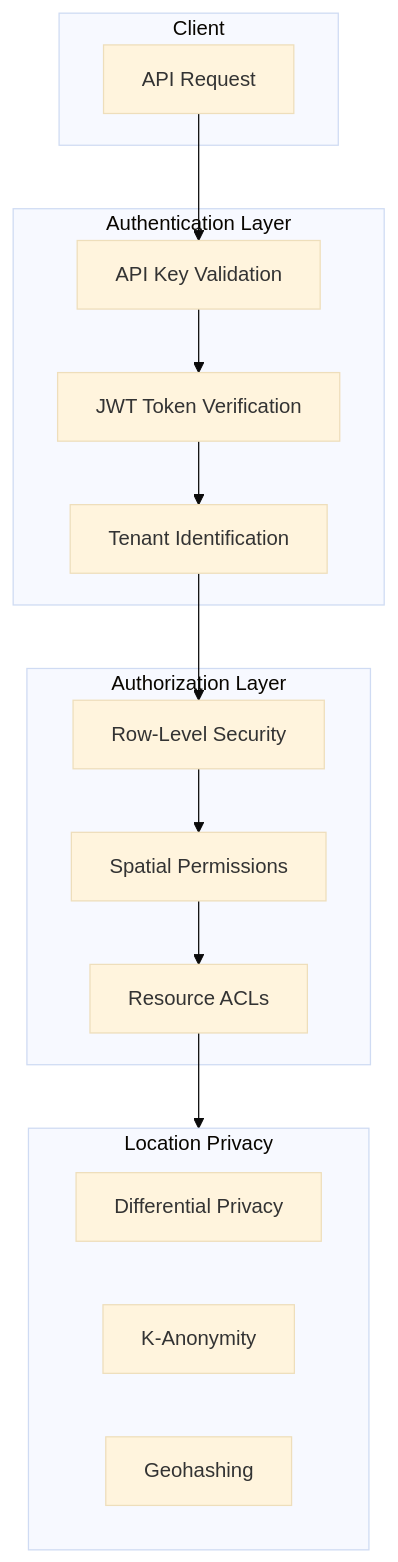
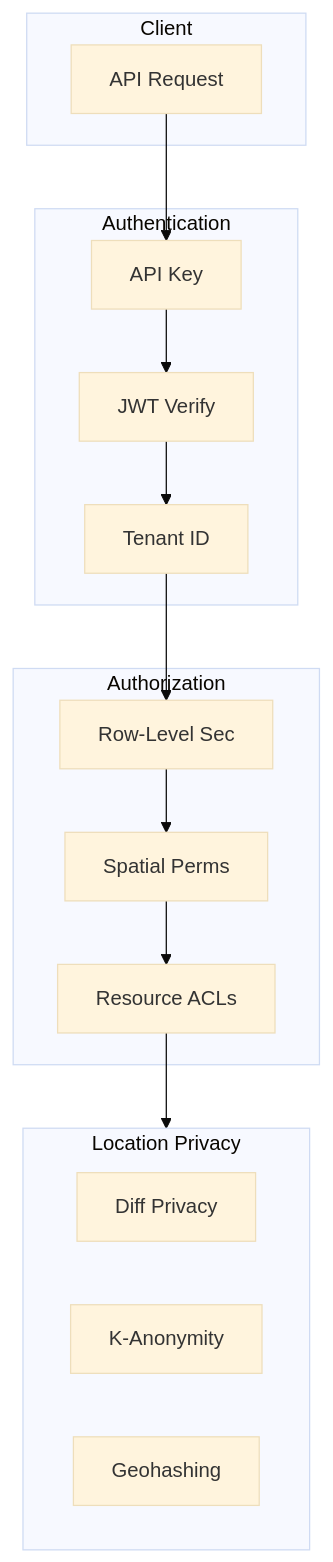
Before and after one commit to adverant/Adverant-Nexus-Plugin-GeoAgent: the ninth of 9 diagrams in ARCHITECTURE.md, drawn with Mermaid (base theme). The commit also changed other lines of this file, not shown here.

First line of the commit message:
docs: fix Mermaid diagram rendering for marketplace

````diff
--- a/ARCHITECTURE.md
+++ b/ARCHITECTURE.md
@@ -467,32 +467,32 @@
 ```mermaid
 flowchart TB
     subgraph Client
         Request["API Request"]
     end
 
-    subgraph Auth["Authentication Layer"]
-        APIKey["API Key Validation"]
-        JWT["JWT Token Verification"]
-        Tenant["Tenant Identification"]
+    subgraph Auth["Authentication"]
+        APIKey["API Key"]
+        JWT["JWT Verify"]
+        Tenant["Tenant ID"]
     end
 
-    subgraph Authz["Authorization Layer"]
-        RLS["Row-Level Security"]
-        Spatial["Spatial Permissions"]
+    subgraph Authz["Authorization"]
+        RLS["Row-Level Sec"]
+        Spatial["Spatial Perms"]
         Resource["Resource ACLs"]
     end
 
     subgraph Privacy["Location Privacy"]
-        DiffPrivacy["Differential Privacy"]
+        DiffPrivacy["Diff Privacy"]
         KAnon["K-Anonymity"]
         GeoHash["Geohashing"]
     end
 
     Request --> APIKey
     APIKey --> JWT
     JWT --> Tenant
     Tenant --> RLS
     RLS --> Spatial
     Spatial --> Resource
     Resource --> Privacy
 ```
````
